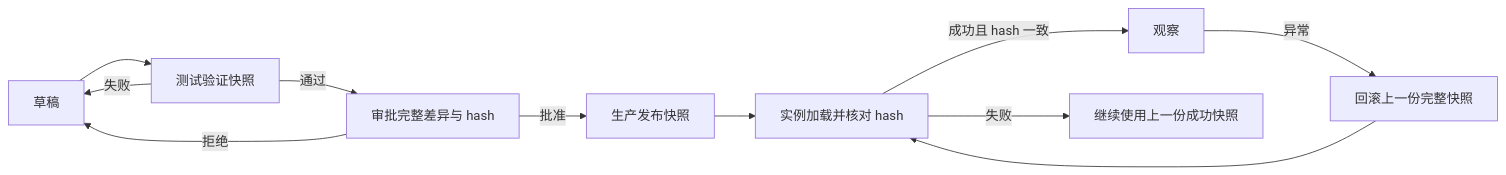
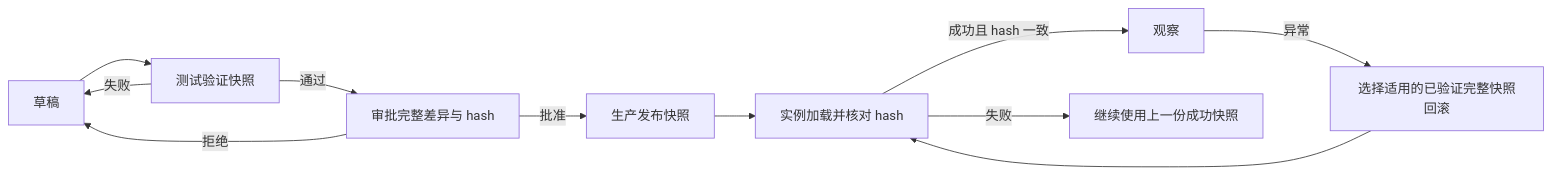
One commit to HaloXie/HaloXie.github.io changed the diagram in _posts/zh-CN/2026-10-04-promptweave-release-snapshots.md. Above: the diagram before and after it, drawn with Mermaid. The commit also changed other lines of this file and 40 other files, not shown here.

````diff
--- a/_posts/zh-CN/2026-10-04-promptweave-release-snapshots.md
+++ b/_posts/zh-CN/2026-10-04-promptweave-release-snapshots.md
@@ -75,13 +178,13 @@
 ```mermaid
 flowchart LR
   D[草稿] --> T[测试验证快照]
   T -->|通过| A[审批完整差异与 hash]
   T -->|失败| D
   A -->|批准| P[生产发布快照]
   A -->|拒绝| D
   P --> L[实例加载并核对 hash]
   L -->|成功且 hash 一致| O[观察]
   L -->|失败| H[继续使用上一份成功快照]
-  O -->|异常| R[回滚上一份完整快照]
+  O -->|异常| R[选择适用的已验证完整快照回滚]
   R --> L
 ```
````
